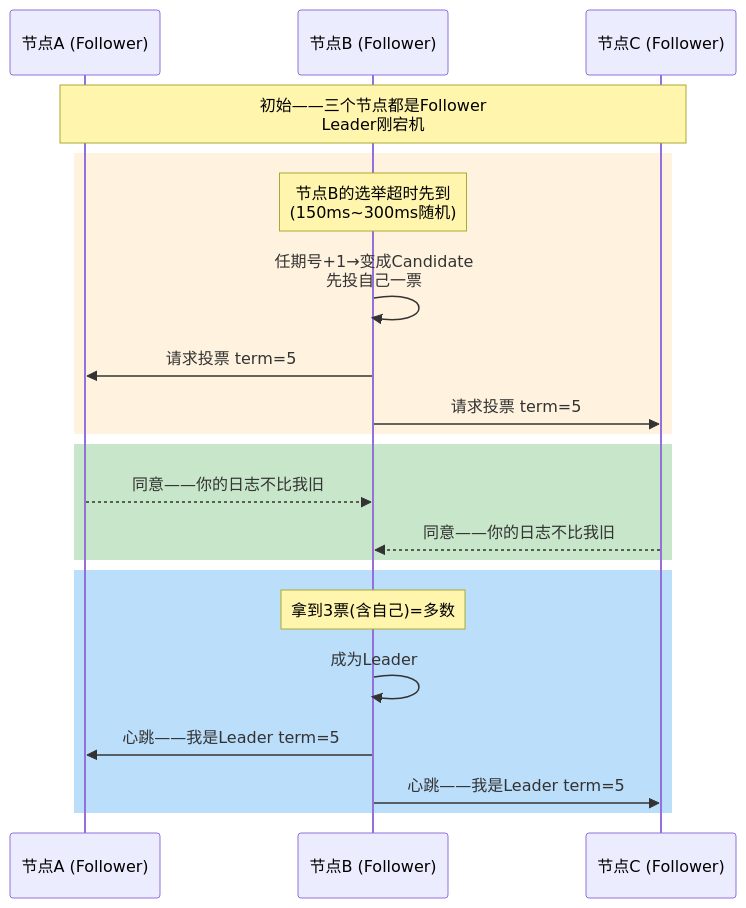
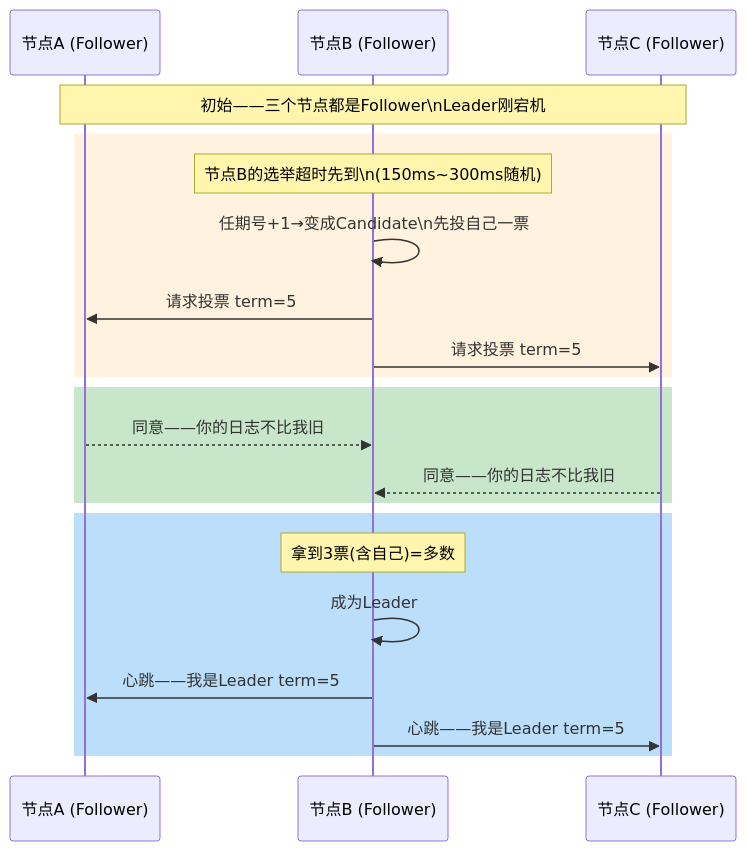
The fourth of 7 diagrams in content/posts/distributed-algorithms/RaftProtocol.md (yaocat55/yaocat55.github.io), drawn with Mermaid before and after one commit. The commit also changed other lines of this file and 155 other files, not shown here.

````diff
--- a/content/posts/distributed-algorithms/RaftProtocol.md
+++ b/content/posts/distributed-algorithms/RaftProtocol.md
@@ -149,27 +149,27 @@
 ```mermaid
 sequenceDiagram
     participant N1 as 节点A (Follower)
     participant N2 as 节点B (Follower)
     participant N3 as 节点C (Follower)
 
-    Note over N1,N3: 初始——三个节点都是Follower<br/>Leader刚宕机
+    Note over N1,N3: 初始——三个节点都是Follower\nLeader刚宕机
 
     rect rgb(255, 243, 224)
-        Note over N2: 节点B的选举超时先到<br/>(150ms~300ms随机)
-        N2->>N2: 任期号+1→变成Candidate<br/>先投自己一票
+        Note over N2: 节点B的选举超时先到\n(150ms~300ms随机)
+        N2->>N2: 任期号+1→变成Candidate\n先投自己一票
         N2->>N1: 请求投票 term=5
         N2->>N3: 请求投票 term=5
     end
 
     rect rgb(200, 230, 201)
         N1-->>N2: 同意——你的日志不比我旧
         N3-->>N2: 同意——你的日志不比我旧
     end
 
     rect rgb(187, 222, 251)
         Note over N2: 拿到3票(含自己)=多数
         N2->>N2: 成为Leader
         N2->>N1: 心跳——我是Leader term=5
         N2->>N3: 心跳——我是Leader term=5
     end
 ```
````
